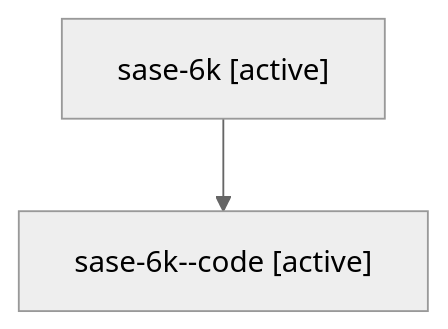
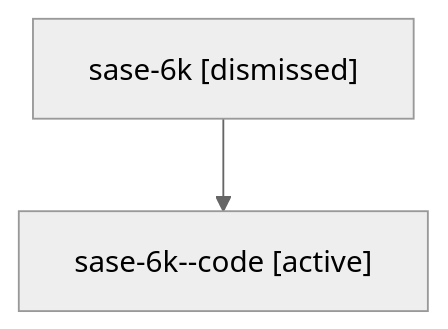
Before and after one commit to sase-org/sase--agents: the diagram in sessions/bbugyi200.athena.sase-6k.md, drawn with Mermaid (neutral theme). The commit also changed other lines of this file and 54 other files, not shown here.

````diff
--- a/sessions/bbugyi200.athena.sase-6k.md
+++ b/sessions/bbugyi200.athena.sase-6k.md
@@ -9,6 +9,6 @@
 ```mermaid
 flowchart TD
-  n0["sase-6k [active]"]
+  n0["sase-6k [dismissed]"]
   n1["sase-6k--code [active]"]
   n0 --> n1
 ```
````
